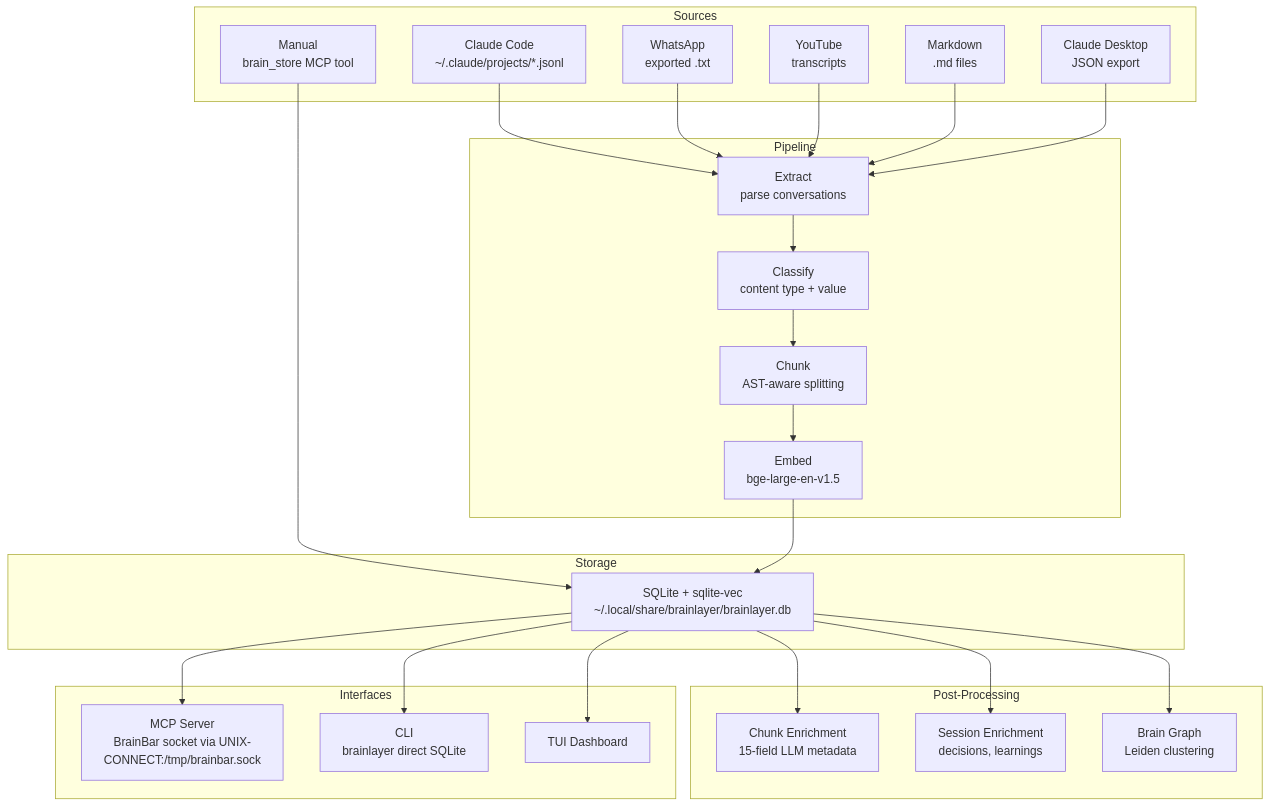
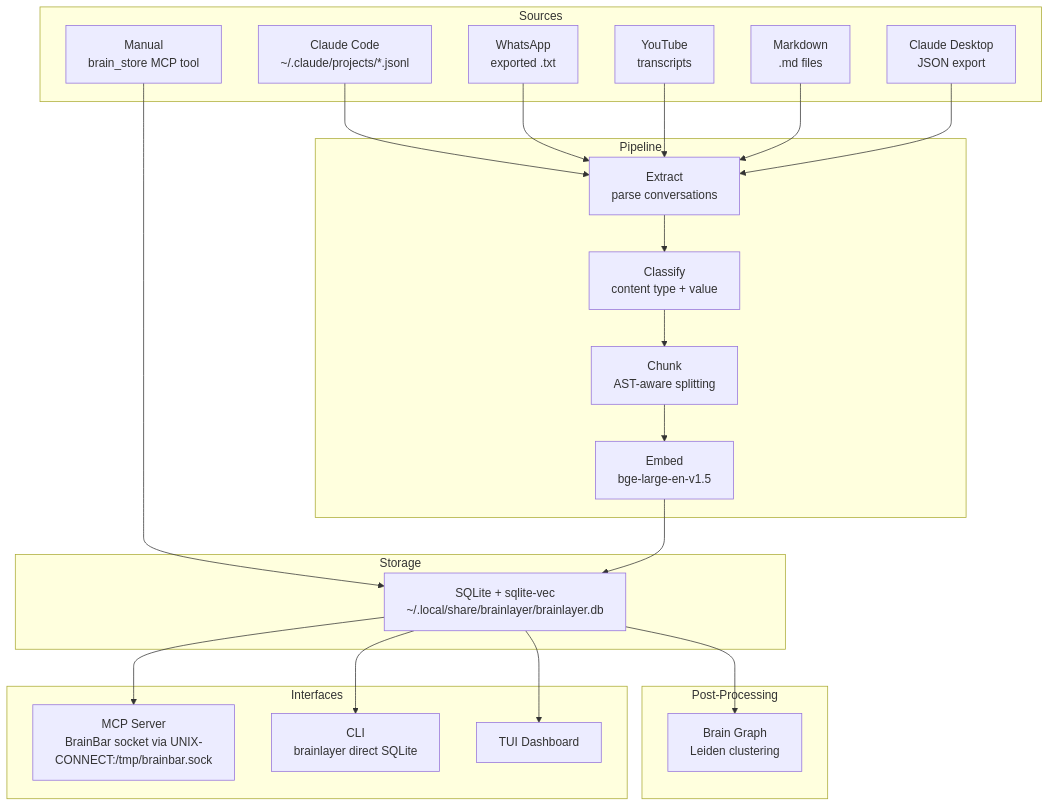
The diagram in docs/architecture.md (EtanHey/brainlayer), drawn with Mermaid before and after one commit. The commit also changed other lines of this file and 5 other files, not shown here.

Commit message:
docs(retirement): update agent and architecture contracts

````diff
--- a/docs/architecture.md
+++ b/docs/architecture.md
@@ -7,40 +7,38 @@
 ```mermaid
 graph TD
     subgraph Sources
         A1["Claude Code<br/>~/.claude/projects/*.jsonl"]
         A2["WhatsApp<br/>exported .txt"]
         A3["YouTube<br/>transcripts"]
         A4["Markdown<br/>.md files"]
         A5["Claude Desktop<br/>JSON export"]
         A6["Manual<br/>brain_store MCP tool"]
     end
 
     subgraph Pipeline
         B1["Extract<br/>parse conversations"]
         B2["Classify<br/>content type + value"]
         B3["Chunk<br/>AST-aware splitting"]
         B4["Embed<br/>bge-large-en-v1.5"]
     end
 
     subgraph Storage
         C["SQLite + sqlite-vec<br/>~/.local/share/brainlayer/brainlayer.db"]
     end
 
     subgraph Post-Processing
-        D1["Chunk Enrichment<br/>15-field LLM metadata"]
-        D2["Session Enrichment<br/>decisions, learnings"]
         D3["Brain Graph<br/>Leiden clustering"]
     end
 
     subgraph Interfaces
         E1["MCP Server<br/>BrainBar socket via UNIX-CONNECT:/tmp/brainbar.sock"]
         E2["CLI<br/>brainlayer direct SQLite"]
         E4["TUI Dashboard"]
     end
 
     A1 & A2 & A3 & A4 & A5 --> B1
     A6 --> C
     B1 --> B2 --> B3 --> B4 --> C
-    C --> D1 & D2 & D3
+    C --> D3
     C --> E1 & E2 & E4
 ```
````
